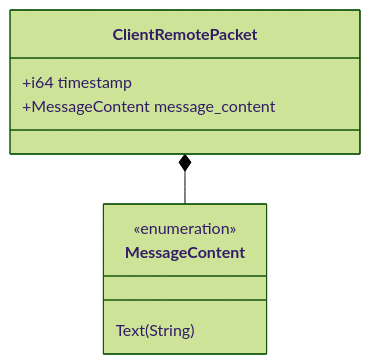
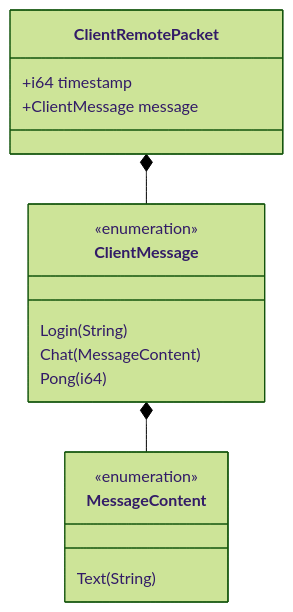
The third of 3 diagrams in README.md (eliseuv/chat), drawn with Mermaid (forest theme) before and after one commit. The commit also changed other lines of this file, not shown here.

Commit message:
Update README with new features and accurate protocol diagrams

````diff
--- a/README.md
+++ b/README.md
@@ -133,12 +144,19 @@
 ```mermaid
 classDiagram
     class ClientRemotePacket {
       +i64 timestamp
-      +MessageContent message_content
+      +ClientMessage message
+    }
+    class ClientMessage {
+      <<enumeration>>
+      Login(String)
+      Chat(MessageContent)
+      Pong(i64)
     }
     class MessageContent {
         <<enumeration>>
         Text(String)
     }
-    ClientRemotePacket *-- MessageContent
+    ClientRemotePacket *-- ClientMessage
+    ClientMessage *-- MessageContent
 ```
````
